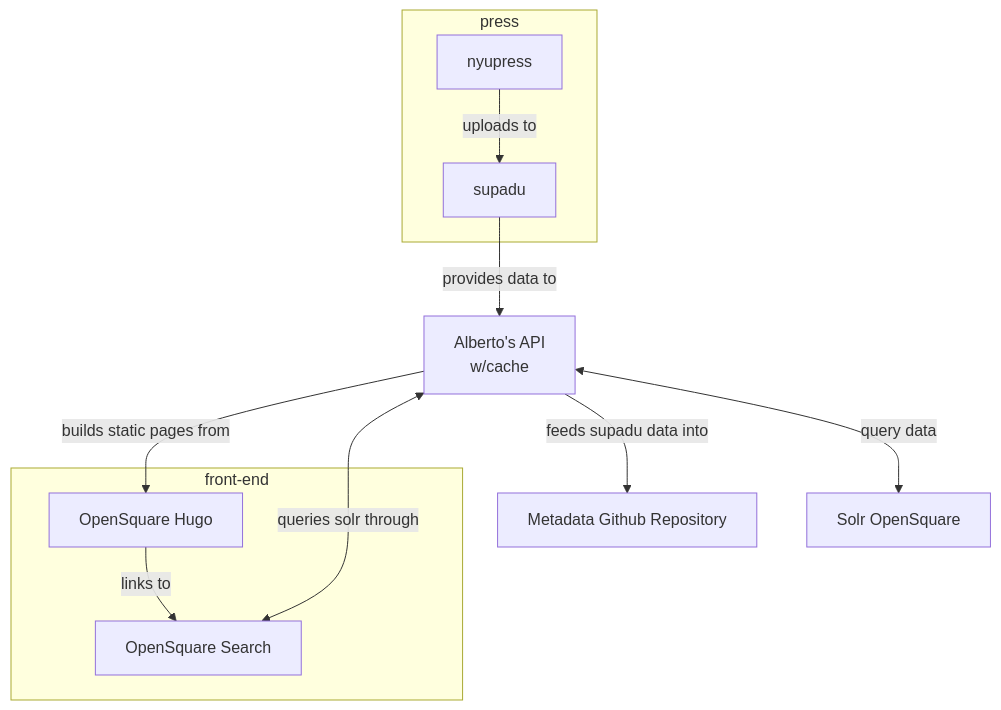
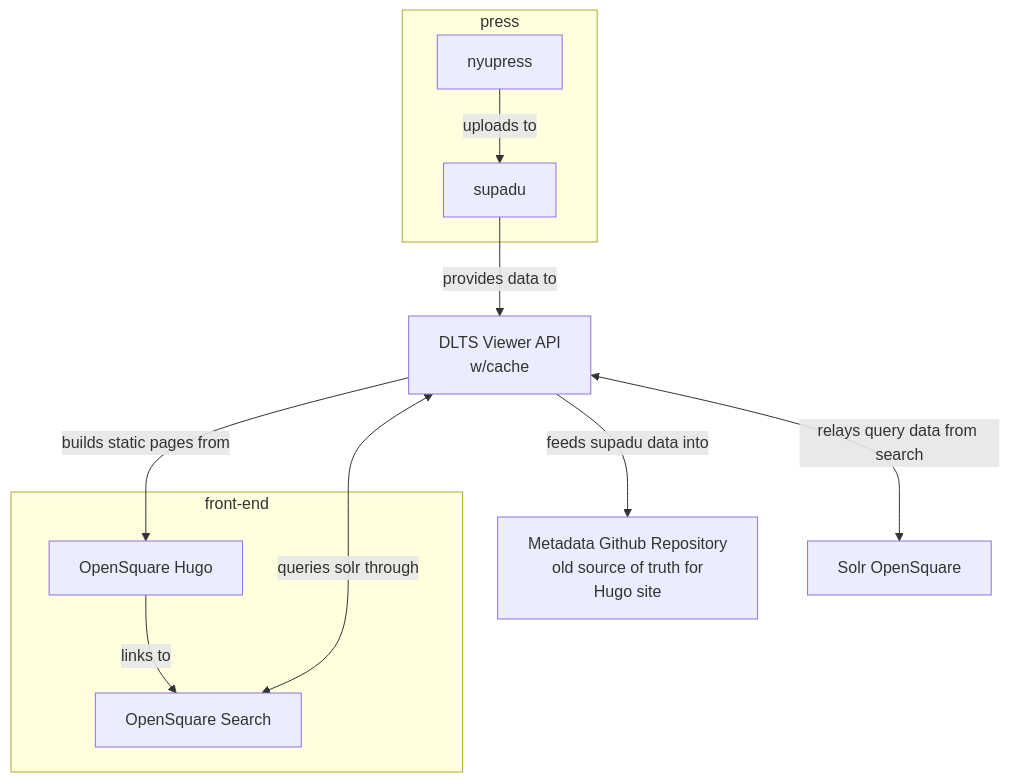
The first of 3 diagrams in README.md (NYULibraries/dlts-open-square-search-application), drawn with Mermaid before and after one commit. The commit also changed other lines of this file, not shown here.

````diff
--- a/README.md
+++ b/README.md
@@ -23,25 +23,25 @@
 ```mermaid
 flowchart TD
     %% declare boxes id[text]
     subgraph press
     nyupress[nyupress]
     supadu[supadu]
     end
-    metarepo[Metadata Github Repository]
-    albAPI[Alberto's API <br/> w/cache]
+    metarepo[Metadata Github Repository<br/> old source of truth for Hugo site]
+    albAPI[DLTS Viewer API<br/> w/cache]
     solr[Solr OpenSquare]
     subgraph front-end
     osHugo[OpenSquare Hugo]
     osSearch[OpenSquare Search]
     end
 
     %% link boxes id --message--> id
     nyupress -- uploads to --> supadu
     %% metarepo --> osHugo
     supadu-- provides data to -->albAPI
-    albAPI<-- query data -->solr
+    albAPI<-- relays query data from search -->solr
     albAPI--builds static pages from -->osHugo
     osHugo-- links to --> osSearch
     osSearch<--queries solr through -->albAPI
     albAPI-- feeds supadu data into -->metarepo
 ```
````
